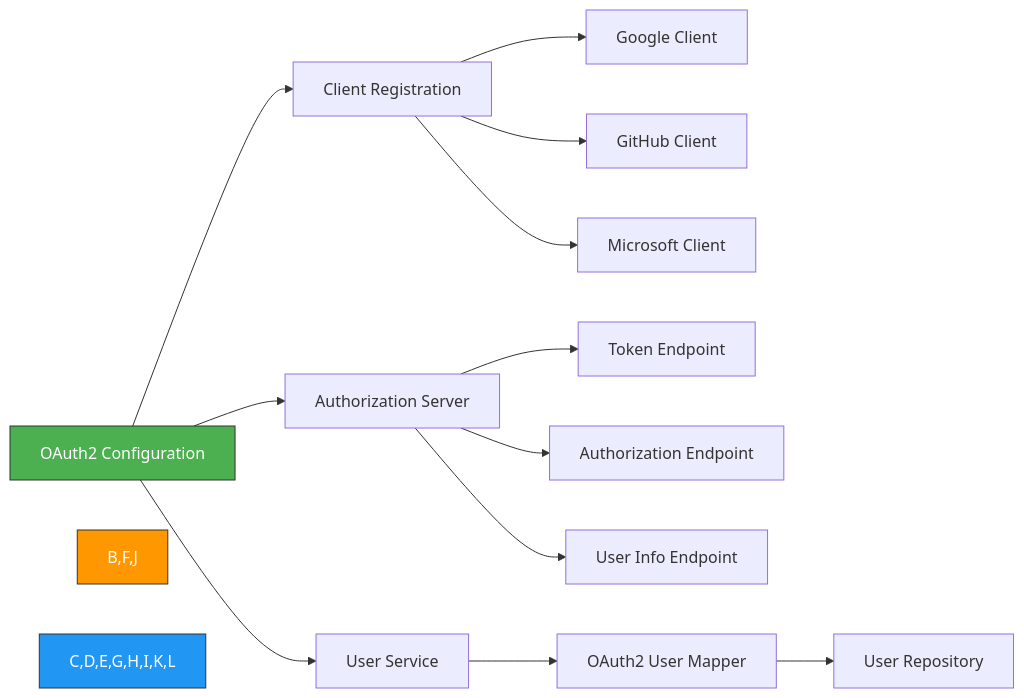
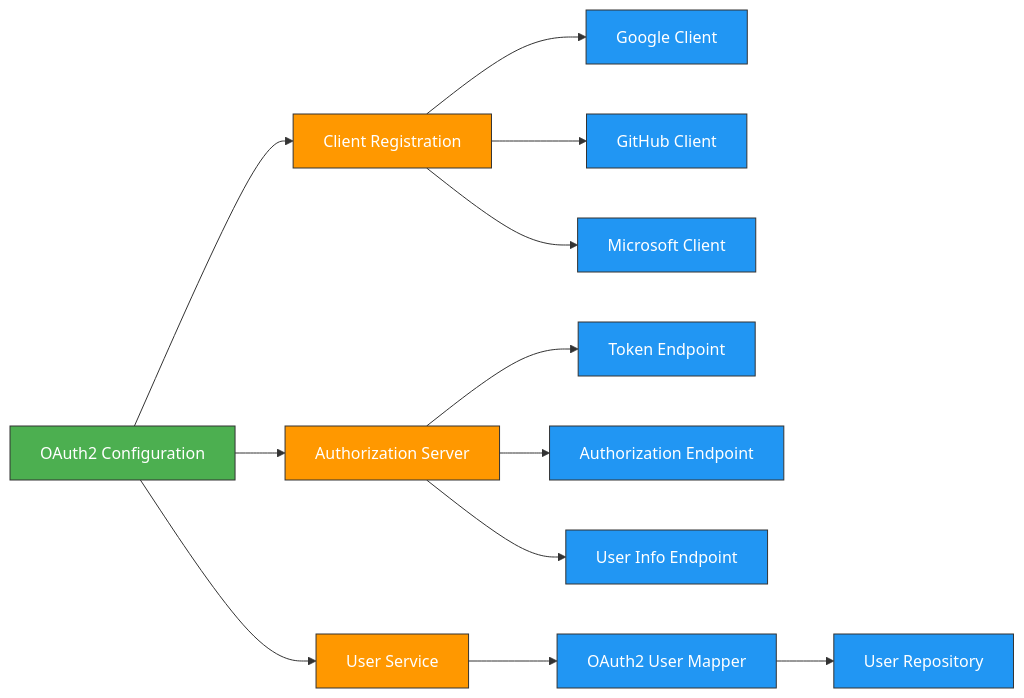
Before and after one commit to TuPhung369/Haaga_Backend_Programming: the sixth of 8 diagrams in TuPhung_Docs/docs/backend/auth.md, drawn with Mermaid. The commit also changed other lines of this file and 25 other files, not shown here.

````diff
--- a/TuPhung_Docs/docs/backend/auth.md
+++ b/TuPhung_Docs/docs/backend/auth.md
@@ -214,20 +225,24 @@
 ```mermaid
 flowchart LR
     A[OAuth2 Configuration] --> B[Client Registration]
     B --> C[Google Client]
     B --> D[GitHub Client]
     B --> E[Microsoft Client]
     
     A --> F[Authorization Server]
     F --> G[Token Endpoint]
     F --> H[Authorization Endpoint]
     F --> I[User Info Endpoint]
     
     A --> J[User Service]
     J --> K[OAuth2 User Mapper]
     K --> L[User Repository]
     
-    style A fill:#4CAF50,stroke:#333,stroke-width:1px,color:#fff
-    style B,F,J fill:#FF9800,stroke:#333,stroke-width:1px,color:#fff
-    style C,D,E,G,H,I,K,L fill:#2196F3,stroke:#333,stroke-width:1px,color:#fff
+    classDef mainConfig fill:#4CAF50,stroke:#333,stroke-width:1px,color:#fff
+    classDef primaryComponents fill:#FF9800,stroke:#333,stroke-width:1px,color:#fff
+    classDef subComponents fill:#2196F3,stroke:#333,stroke-width:1px,color:#fff
+    
+    class A mainConfig
+    class B,F,J primaryComponents
+    class C,D,E,G,H,I,K,L subComponents
 ```
````
